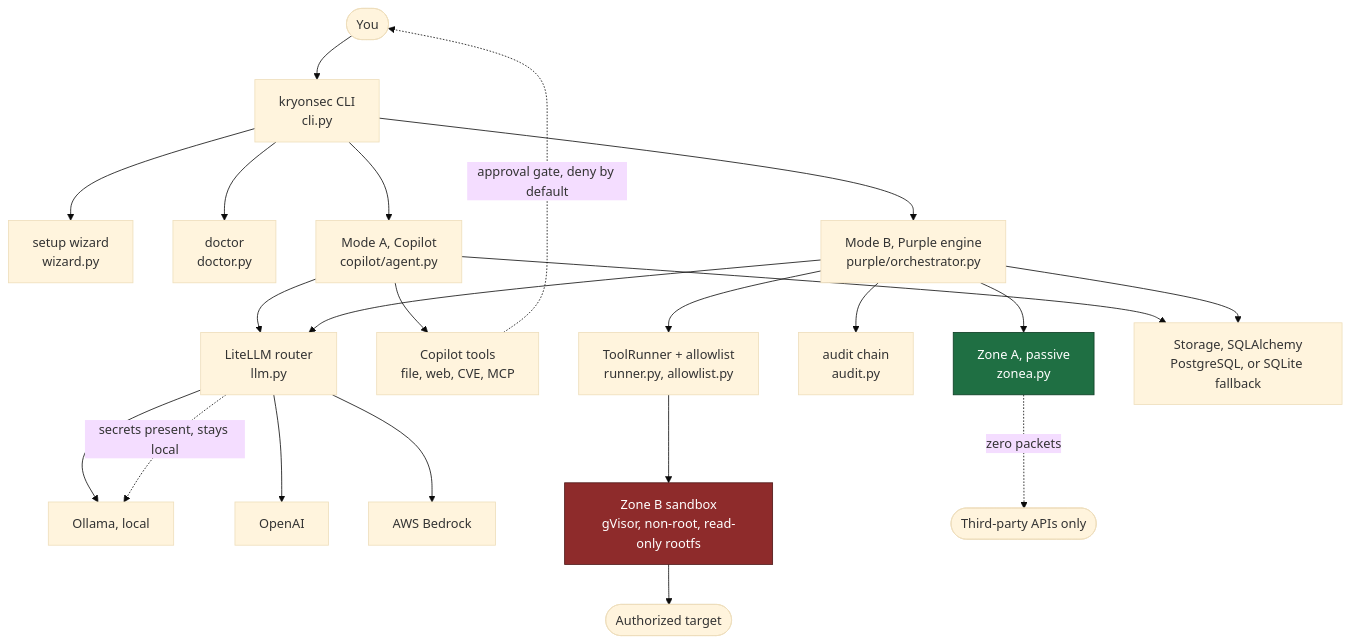
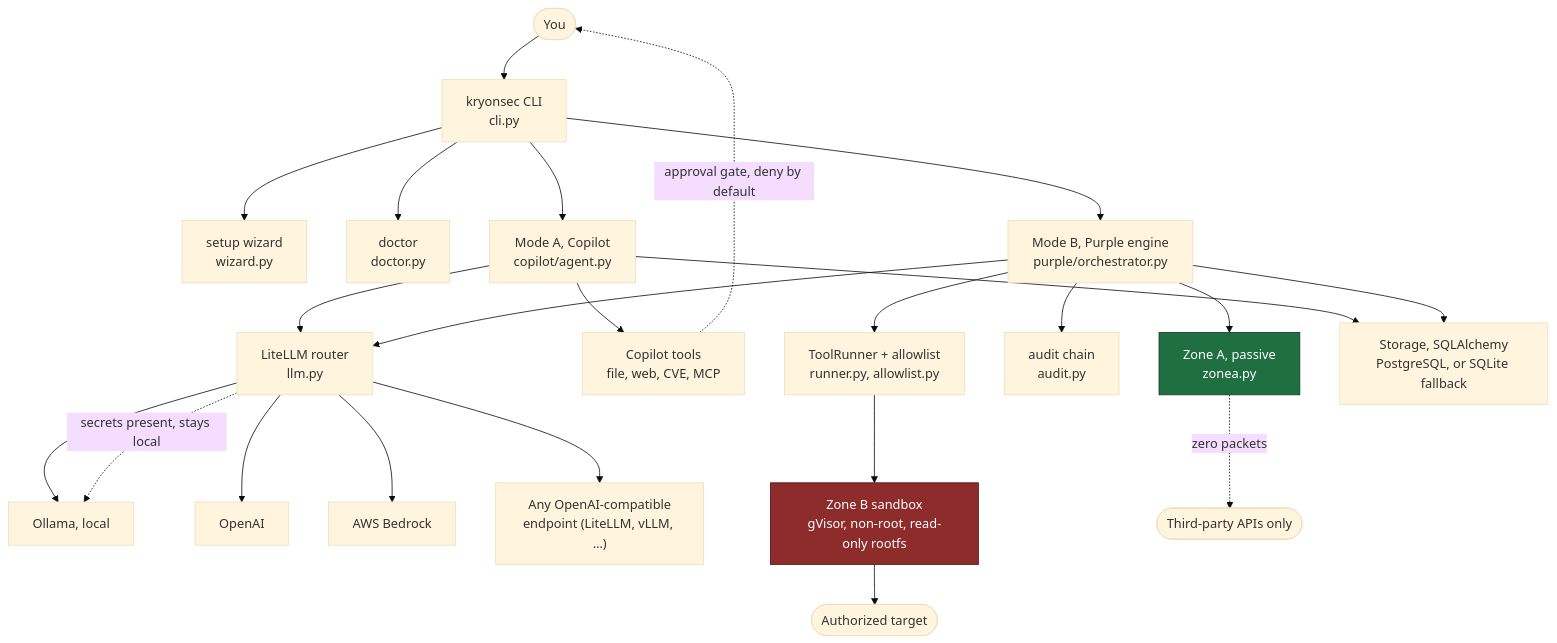
One commit to GonchiJoshnaVardhanReddy/kryon-sec changed the first of 5 diagrams in README.md. Above: the diagram before and after it, drawn with Mermaid (base theme). The commit also changed other lines of this file and 8 other files, not shown here.

````diff
--- a/README.md
+++ b/README.md
@@ -176,35 +177,36 @@
 ```mermaid
 flowchart TB
     You(["You"]) --> CLI["kryonsec CLI<br/>cli.py"]
 
     CLI --> WIZ["setup wizard<br/>wizard.py"]
     CLI --> DOC["doctor<br/>doctor.py"]
     CLI --> MODEA["Mode A, Copilot<br/>copilot/agent.py"]
     CLI --> MODEB["Mode B, Purple engine<br/>purple/orchestrator.py"]
 
     MODEA --> LLM["LiteLLM router<br/>llm.py"]
     MODEB --> LLM
     LLM --> OLL["Ollama, local"]
     LLM --> OAI["OpenAI"]
     LLM --> BR["AWS Bedrock"]
+    LLM --> OAC["Any OpenAI-compatible<br/>endpoint (LiteLLM, vLLM, …)"]
     LLM -.->|secrets present, stays local| OLL
 
     MODEA --> CTOOLS["Copilot tools<br/>file, web, CVE, MCP"]
     CTOOLS -.->|approval gate, deny by default| You
 
     MODEB --> RUN["ToolRunner + allowlist<br/>runner.py, allowlist.py"]
     MODEB --> AUD["audit chain<br/>audit.py"]
     MODEB --> ZA["Zone A, passive<br/>zonea.py"]
 
     RUN --> SB["Zone B sandbox<br/>gVisor, non-root, read-only rootfs"]
     SB --> TARGET(["Authorized target"])
     ZA -.->|zero packets| THIRD(["Third-party APIs only"])
 
     MODEA --> STORE["Storage, SQLAlchemy<br/>PostgreSQL, or SQLite fallback"]
     MODEB --> STORE
 
     classDef safe fill:#1f6f43,stroke:#0d3d24,color:#fff
     classDef danger fill:#8e2b2b,stroke:#4d1616,color:#fff
     class ZA safe
     class SB danger
 ```
````
